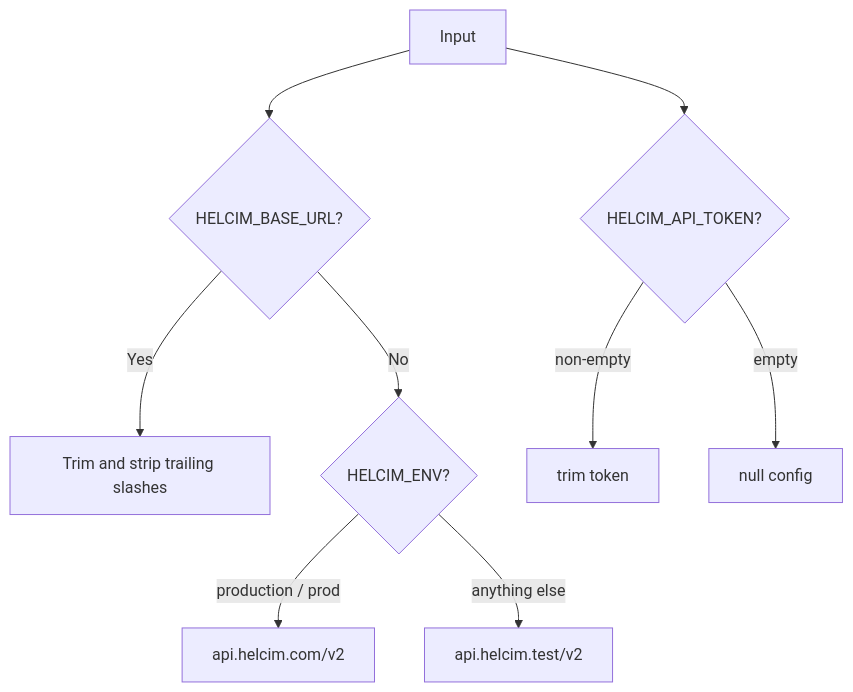
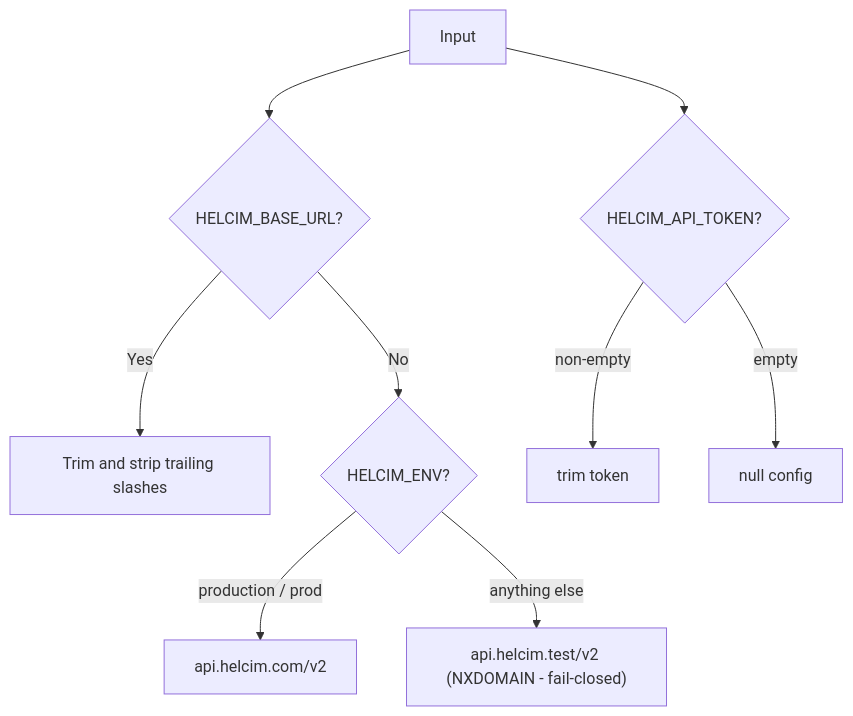
Before and after one commit to victorsalmon/helcim-client: the seventh of 7 diagrams in docs/ARCHITECTURE.md, drawn with Mermaid. The commit also changed other lines of this file and 2 other files, not shown here.

Commit message:
docs(helcim): record that the documented developer-test host no longer resolves
Helcim's documented developer-test host `https://api.helcim.test/v2` is NXDOMAIN
(re-verified 2026-09-20 against public resolvers; `api.helcim.com` resolves as a
control). A Helcim developer test account is separated by its TOKENS, not by a
different hostname, so an environment that must exercise the test account has to
set `HELCIM_BASE_URL` explicitly.

`HELCIM_TEST_BASE_URL` is therefore retained as an intentional fail-closed
default: a missing `HELCIM_ENV` can never reach production, and unresolved test
traffic fails at DNS rather than silently billing real cards. The trade-off is
that a bare test configuration fails at the resolver instead of working, which
the docs and the config comment now state.

````diff
--- a/docs/ARCHITECTURE.md
+++ b/docs/ARCHITECTURE.md
@@ -175,11 +175,11 @@
 ```mermaid
 flowchart TD
     A[Input] --> B{HELCIM_BASE_URL?}
     B -->|Yes| C[Trim and strip trailing slashes]
     B -->|No| D{HELCIM_ENV?}
     D -->|production / prod| E[api.helcim.com/v2]
-    D -->|anything else| F[api.helcim.test/v2]
+    D -->|"anything else"| F["api.helcim.test/v2 (NXDOMAIN - fail-closed)"]
     A --> G{HELCIM_API_TOKEN?}
     G -->|non-empty| H[trim token]
     G -->|empty| I[null config]
 ```
````
